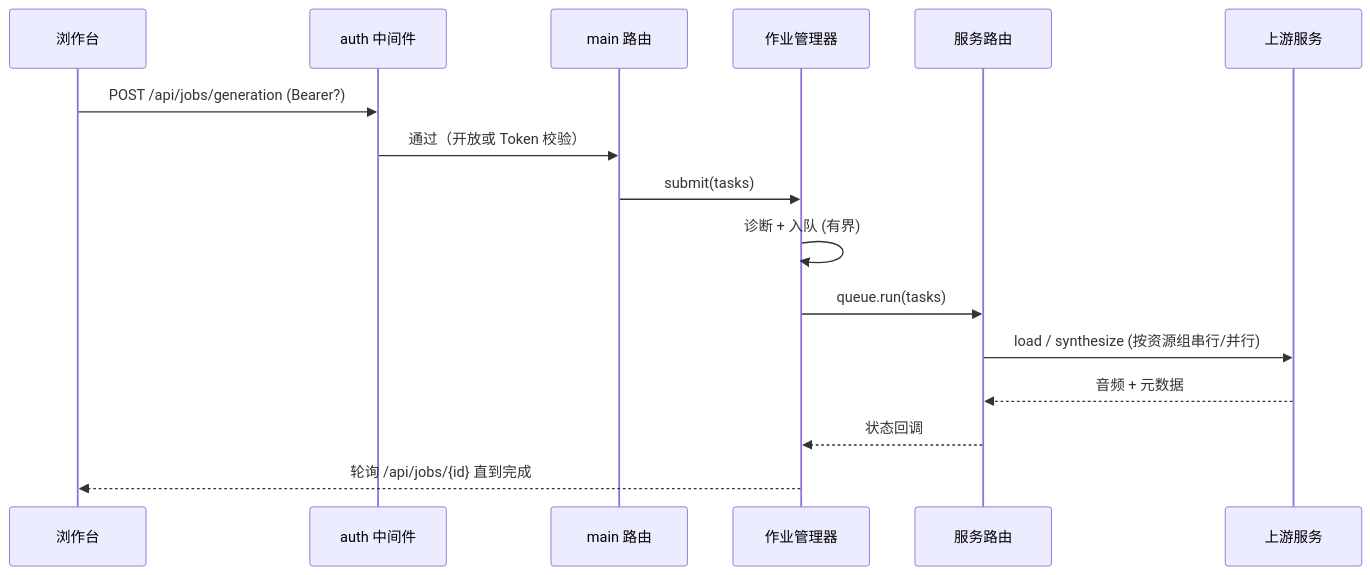
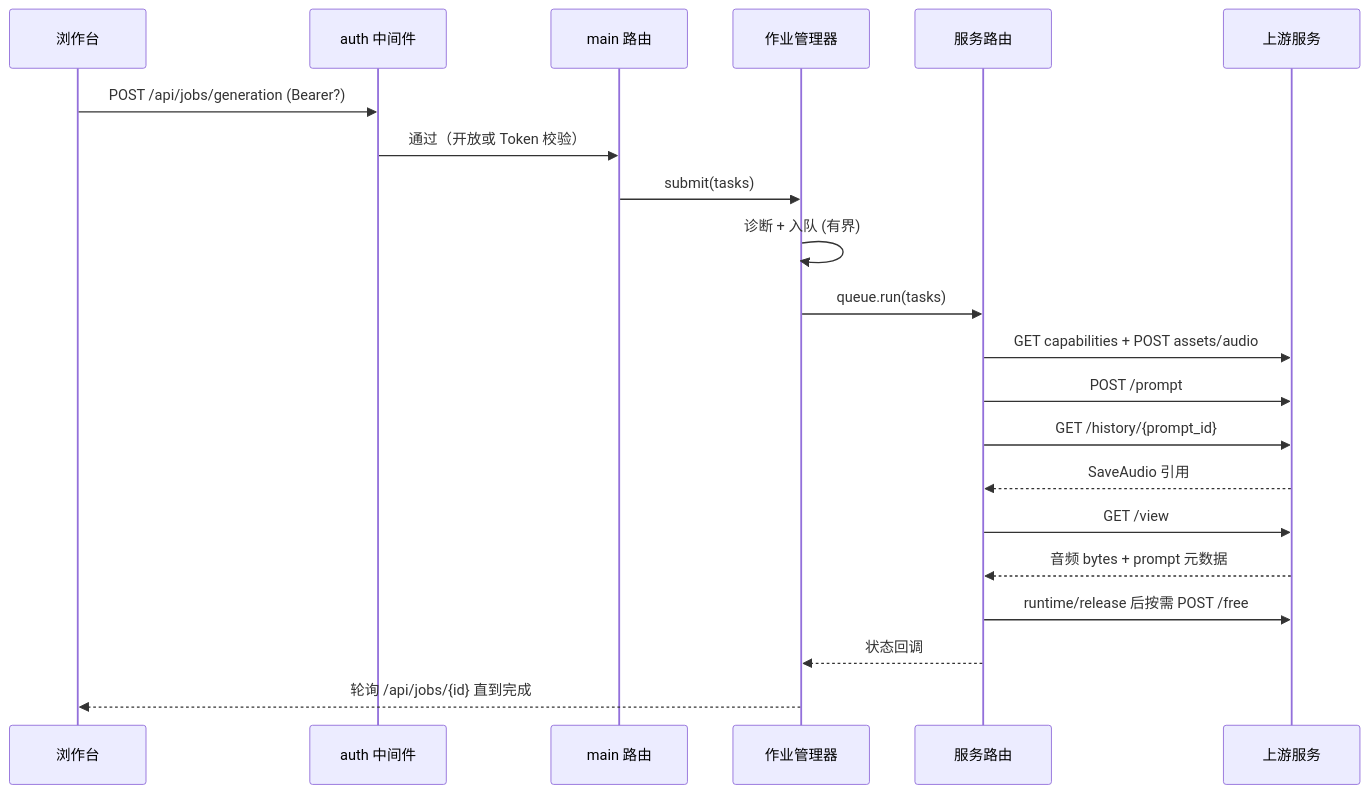
Before and after one commit to XucroYuri/TTS_more: the third of 3 diagrams in docs/architecture.md, drawn with Mermaid. The commit also changed other lines of this file and 3 other files, not shown here.

````diff
--- a/docs/architecture.md
+++ b/docs/architecture.md
@@ -44,18 +45,23 @@
 ```mermaid
 sequenceDiagram
     participant U as 浏作台
     participant A as auth 中间件
     participant M as main 路由
     participant Q as 作业管理器
     participant R as 服务路由
     participant S as 上游服务
     U->>A: POST /api/jobs/generation (Bearer?)
     A->>M: 通过（开放或 Token 校验）
     M->>Q: submit(tasks)
     Q->>Q: 诊断 + 入队 (有界)
     Q->>R: queue.run(tasks)
-    R->>S: load / synthesize (按资源组串行/并行)
-    S-->>R: 音频 + 元数据
+    R->>S: GET capabilities + POST assets/audio
+    R->>S: POST /prompt
+    R->>S: GET /history/{prompt_id}
+    S-->>R: SaveAudio 引用
+    R->>S: GET /view
+    S-->>R: 音频 bytes + prompt 元数据
+    R->>S: runtime/release 后按需 POST /free
     R-->>Q: 状态回调
     Q-->>U: 轮询 /api/jobs/{id} 直到完成
 ```
````
